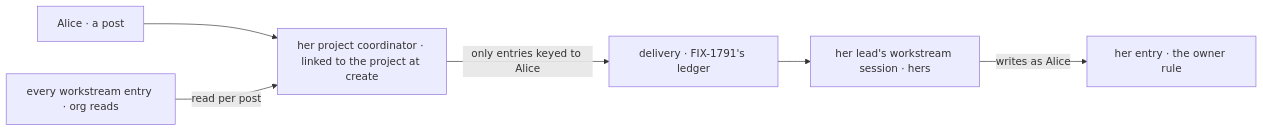
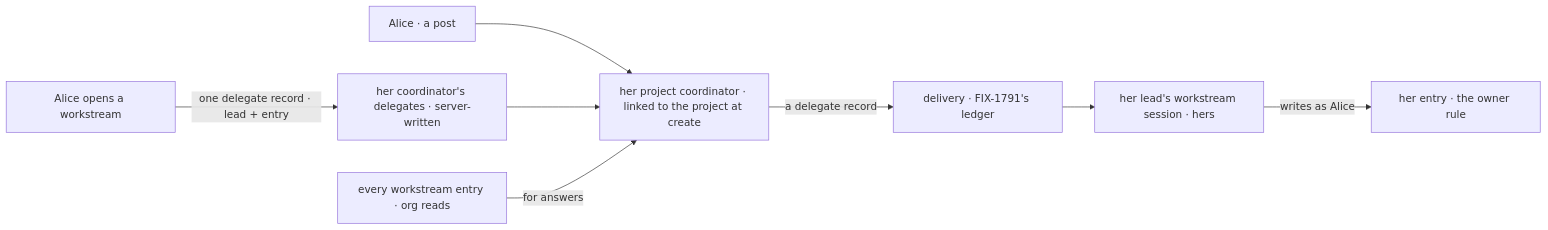
The second of 2 diagrams in specs/issues/FIX-1793/SPEC.md (fixpoint-labs/flow-state-dev), drawn with Mermaid before and after one commit. The commit also changed other lines of this file and 9 other files, not shown here.

````diff
--- a/specs/issues/FIX-1793/SPEC.md
+++ b/specs/issues/FIX-1793/SPEC.md
@@ -88,8 +89,10 @@
 ```mermaid
 flowchart LR
+  O["Alice opens a workstream"] -->|"one delegate record · lead + entry"| R["her coordinator's delegates · server-written"]
   U["Alice · a post"] --> K["her project coordinator · linked to the project at create"]
-  E["every workstream entry · org reads"] -->|"read per post"| K
-  K -->|"only entries keyed to Alice"| D["delivery · FIX-1791's ledger"]
+  R --> K
+  E["every workstream entry · org reads"] -->|"for answers"| K
+  K -->|"a delegate record"| D["delivery · FIX-1791's ledger"]
   D --> W["her lead's workstream session · hers"]
   W -->|"writes as Alice"| X["her entry · the owner rule"]
 ```
````
